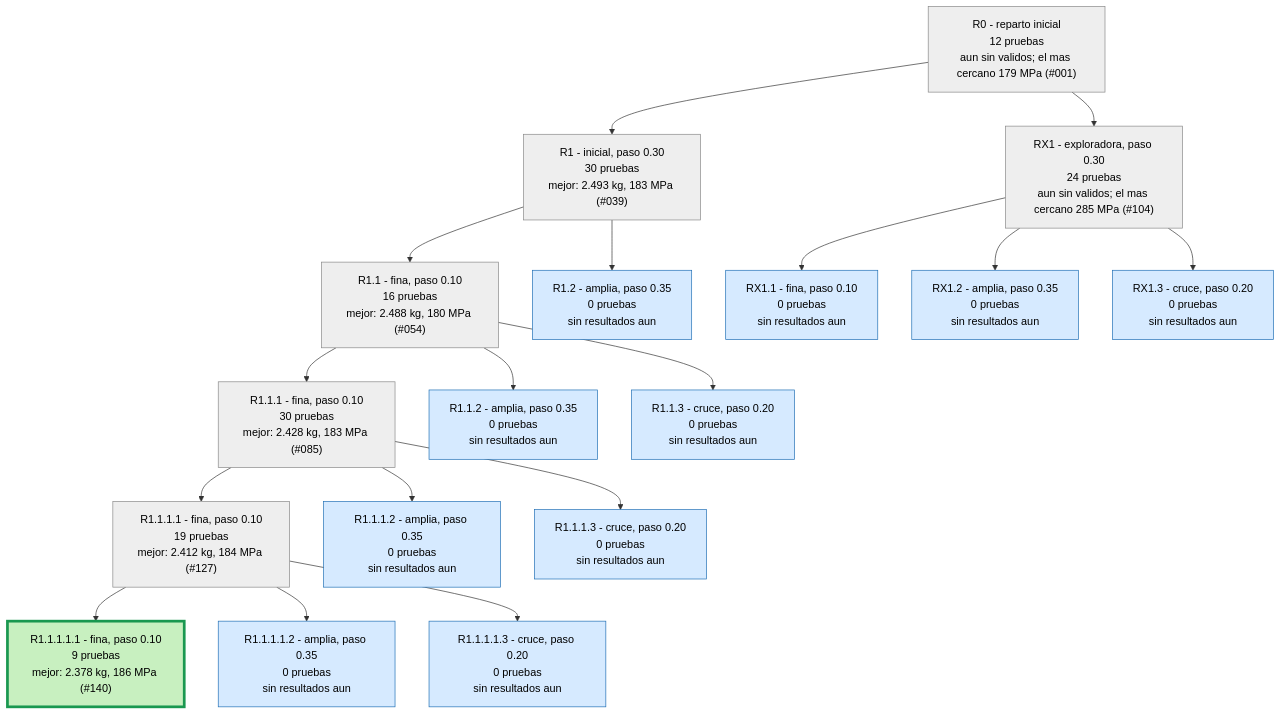
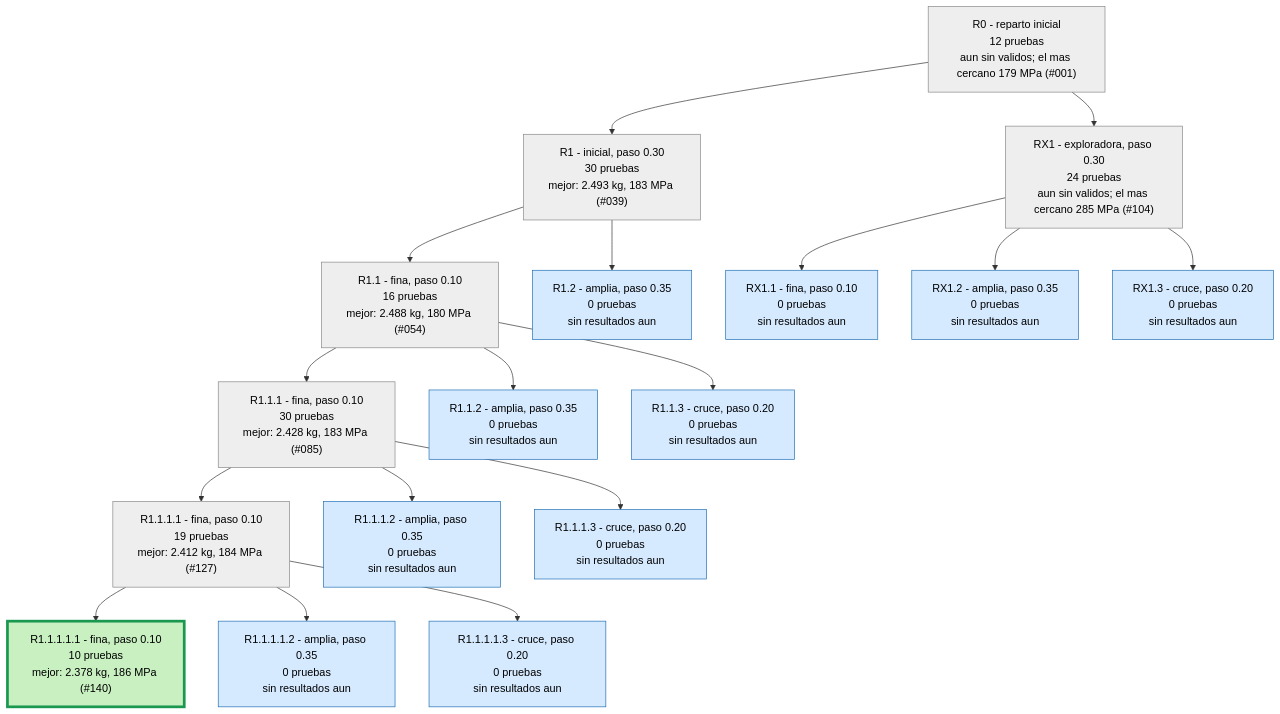
The second of 3 diagrams in runs/opt_37800N/ARBOL.md (Hugiko/msd-soporte-optimizacion), drawn with Mermaid before and after one commit. The commit also changed 20 other files, not shown here.

````diff
--- a/runs/opt_37800N/ARBOL.md
+++ b/runs/opt_37800N/ARBOL.md
@@ -29,39 +29,39 @@
 ```mermaid
 graph TD
 classDef activa fill:#d6eaff,stroke:#1f6fb5,color:#000
 classDef fin fill:#eeeeee,stroke:#888,color:#000
 classDef mejor fill:#c8f0c0,stroke:#1a9850,stroke-width:4px,color:#000
 R0["R0 - reparto inicial<br/>12 pruebas<br/>aun sin validos; el mas cercano 179 MPa (#001)"]:::fin
 R1["R1 - inicial, paso 0.30<br/>30 pruebas<br/>mejor: 2.493 kg, 183 MPa (#039)"]:::fin
 R0 --> R1
 R1_1["R1.1 - fina, paso 0.10<br/>16 pruebas<br/>mejor: 2.488 kg, 180 MPa (#054)"]:::fin
 R1 --> R1_1
 R1_2["R1.2 - amplia, paso 0.35<br/>0 pruebas<br/>sin resultados aun"]:::activa
 R1 --> R1_2
 R1_1_1["R1.1.1 - fina, paso 0.10<br/>30 pruebas<br/>mejor: 2.428 kg, 183 MPa (#085)"]:::fin
 R1_1 --> R1_1_1
 R1_1_2["R1.1.2 - amplia, paso 0.35<br/>0 pruebas<br/>sin resultados aun"]:::activa
 R1_1 --> R1_1_2
 R1_1_3["R1.1.3 - cruce, paso 0.20<br/>0 pruebas<br/>sin resultados aun"]:::activa
 R1_1 --> R1_1_3
 R1_1_1_1["R1.1.1.1 - fina, paso 0.10<br/>19 pruebas<br/>mejor: 2.412 kg, 184 MPa (#127)"]:::fin
 R1_1_1 --> R1_1_1_1
 R1_1_1_2["R1.1.1.2 - amplia, paso 0.35<br/>0 pruebas<br/>sin resultados aun"]:::activa
 R1_1_1 --> R1_1_1_2
 R1_1_1_3["R1.1.1.3 - cruce, paso 0.20<br/>0 pruebas<br/>sin resultados aun"]:::activa
 R1_1_1 --> R1_1_1_3
 RX1["RX1 - exploradora, paso 0.30<br/>24 pruebas<br/>aun sin validos; el mas cercano 285 MPa (#104)"]:::fin
 R0 --> RX1
 RX1_1["RX1.1 - fina, paso 0.10<br/>0 pruebas<br/>sin resultados aun"]:::activa
 RX1 --> RX1_1
 RX1_2["RX1.2 - amplia, paso 0.35<br/>0 pruebas<br/>sin resultados aun"]:::activa
 RX1 --> RX1_2
 RX1_3["RX1.3 - cruce, paso 0.20<br/>0 pruebas<br/>sin resultados aun"]:::activa
 RX1 --> RX1_3
-R1_1_1_1_1["R1.1.1.1.1 - fina, paso 0.10<br/>9 pruebas<br/>mejor: 2.378 kg, 186 MPa (#140)"]:::mejor
+R1_1_1_1_1["R1.1.1.1.1 - fina, paso 0.10<br/>10 pruebas<br/>mejor: 2.378 kg, 186 MPa (#140)"]:::mejor
 R1_1_1_1 --> R1_1_1_1_1
 R1_1_1_1_2["R1.1.1.1.2 - amplia, paso 0.35<br/>0 pruebas<br/>sin resultados aun"]:::activa
 R1_1_1_1 --> R1_1_1_1_2
 R1_1_1_1_3["R1.1.1.1.3 - cruce, paso 0.20<br/>0 pruebas<br/>sin resultados aun"]:::activa
 R1_1_1_1 --> R1_1_1_1_3
 ```
````
